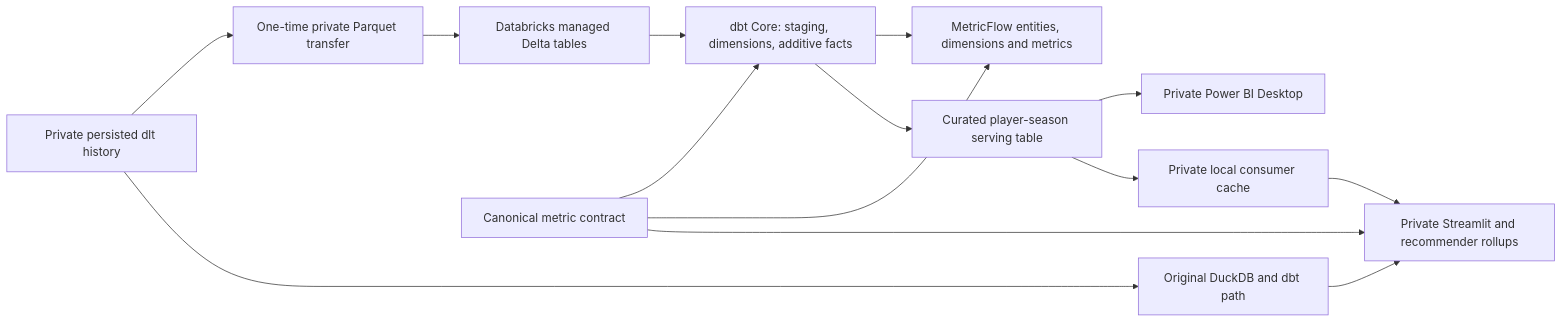
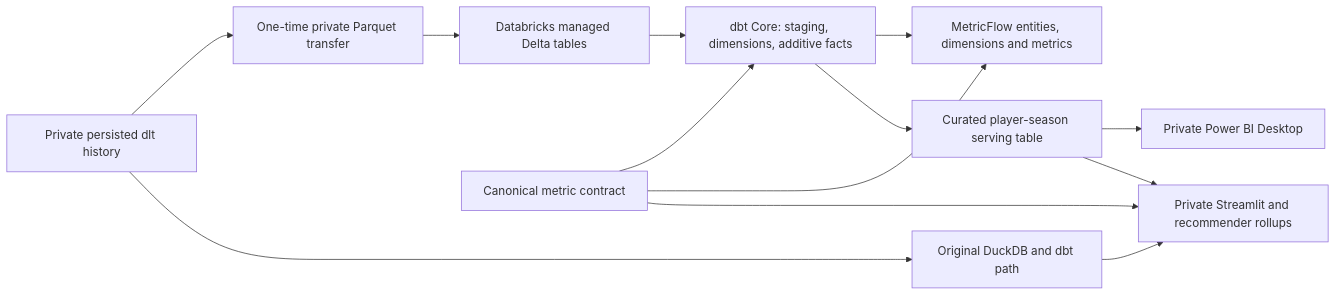
The diagram in README.md (hquantran/soccer-analytics), drawn with Mermaid before and after one commit. The commit also changed other lines of this file and 4 other files, not shown here.

````diff
--- a/README.md
+++ b/README.md
@@ -16,16 +16,15 @@
 ```mermaid
 flowchart LR
     History[Private persisted dlt history] --> Parquet[One-time private Parquet transfer]
     Parquet --> Delta[Databricks managed Delta tables]
     Delta --> DBT[dbt Core: staging, dimensions, additive facts]
     DBT --> Semantics[MetricFlow entities, dimensions and metrics]
     DBT --> BI[Curated player-season serving table]
     Contract[Canonical metric contract] --> DBT
     Contract --> Semantics
     Contract --> Local[Private Streamlit and recommender rollups]
     BI --> PowerBI[Private Power BI Desktop]
-    BI --> Cache[Private local consumer cache]
-    Cache --> Local
+    BI --> Local
     History --> DuckDB[Original DuckDB and dbt path]
     DuckDB --> Local
 ```
````
